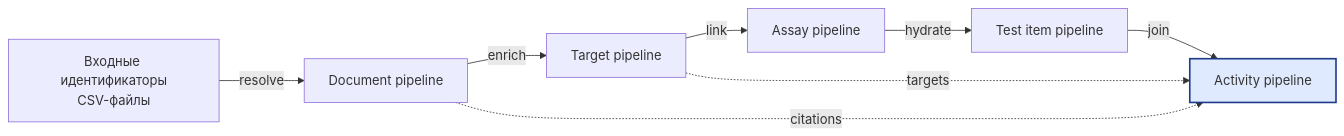
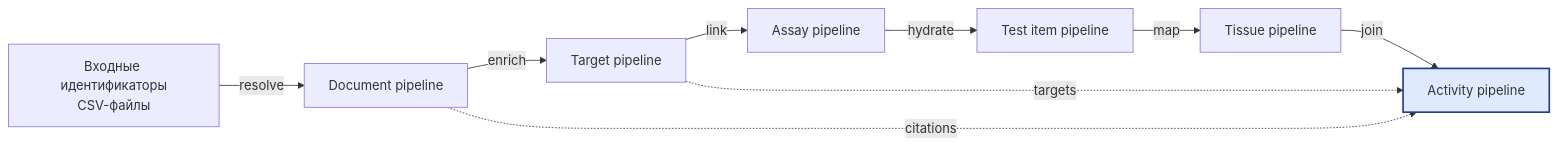
The diagram in README_RU.md (SatoryKono/ChEMBL_data_acquisition), drawn with Mermaid before and after one commit. The commit also changed other lines of this file and 8 other files, not shown here.

Commit message:
docs: document tissue pipeline across guides

````diff
--- a/README_RU.md
+++ b/README_RU.md
@@ -10,11 +10,12 @@
 ```mermaid
 flowchart LR
     A[Входные идентификаторы\nCSV-файлы] -->|resolve| B[Document pipeline]
     B -->|enrich| C[Target pipeline]
     C -->|link| D[Assay pipeline]
     D -->|hydrate| E[Test item pipeline]
-    E -->|join| F[Activity pipeline]
+    E -->|map| G[Tissue pipeline]
+    G -->|join| F[Activity pipeline]
     B -.->|citations| F
     C -.->|targets| F
     style F fill:#dfeaff,stroke:#1e3a8a,stroke-width:2px
 ```
````
